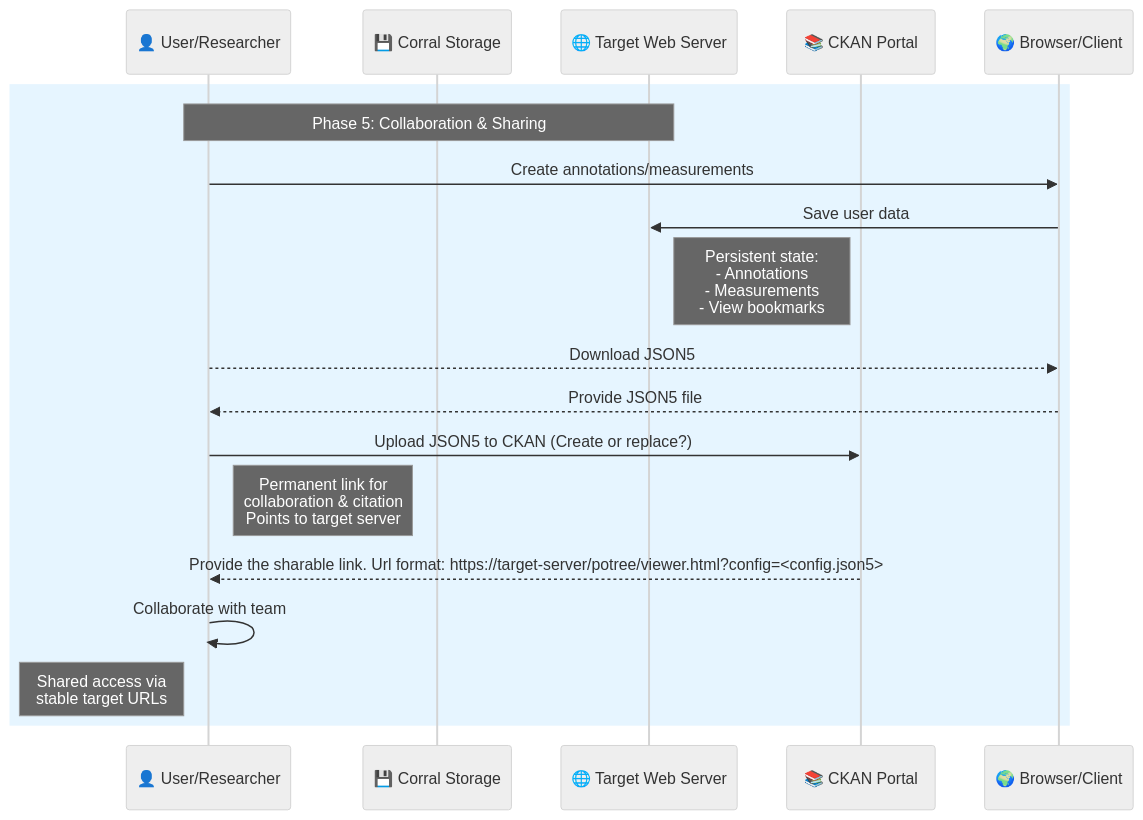
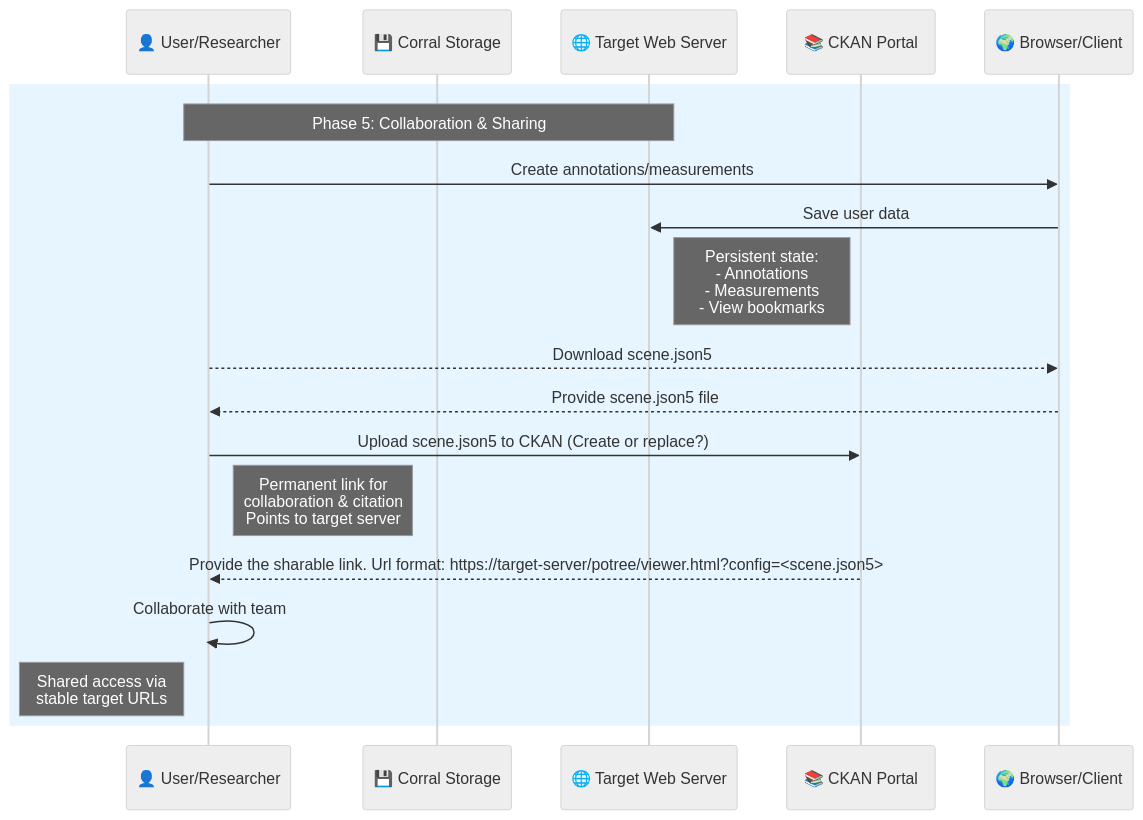
Before and after one commit to In-For-Disaster-Analytics/potree: the fifth of 5 diagrams in README-pipeline.md, drawn with Mermaid. The commit also changed other lines of this file, not shown here.

Commit message:
Update README-pipeline.md to reflect changes in scene.json5 configuration references

````diff
--- a/README-pipeline.md
+++ b/README-pipeline.md
@@ -347,24 +347,24 @@
 ```mermaid
 %%{ init : { "theme" : "neutral", "themeVariables" : { "primaryColor" : "#fff", "primaryTextColor" : "#000", "primaryBorderColor" : "#000", "lineColor" : "#000", "secondaryColor" : "#f8f8f8", "tertiaryColor" : "#f0f0f0" }}}%%
 sequenceDiagram
     participant User as 👤 User/Researcher
     participant Corral as 💾 Corral Storage
     participant Target as 🌐 Target Web Server
     participant CKAN as 📚 CKAN Portal
     participant Browser as 🌍 Browser/Client
 
     %% Collaboration & Sharing
     rect rgb(230, 245, 255)
         Note over User,Target: Phase 5: Collaboration & Sharing
         User->>Browser: Create annotations/measurements
         Browser->>Target: Save user data
         Note right of Target: Persistent state:<br/>- Annotations<br/>- Measurements<br/>- View bookmarks
-        User-->>Browser: Download JSON5
-        Browser-->>User: Provide JSON5 file
-        User->>CKAN: Upload JSON5 to CKAN (Create or replace?)
+        User-->>Browser: Download scene.json5
+        Browser-->>User: Provide scene.json5 file
+        User->>CKAN: Upload scene.json5 to CKAN (Create or replace?)
         Note right of User: Permanent link for<br/>collaboration & citation<br/>Points to target server
-        CKAN-->>User: Provide the sharable link. Url format: https://target-server/potree/viewer.html?config=<config.json5>
+        CKAN-->>User: Provide the sharable link. Url format: https://target-server/potree/viewer.html?config=<scene.json5>
         User->>User: Collaborate with team
         Note left of User: Shared access via<br/>stable target URLs
     end
 ```
````
